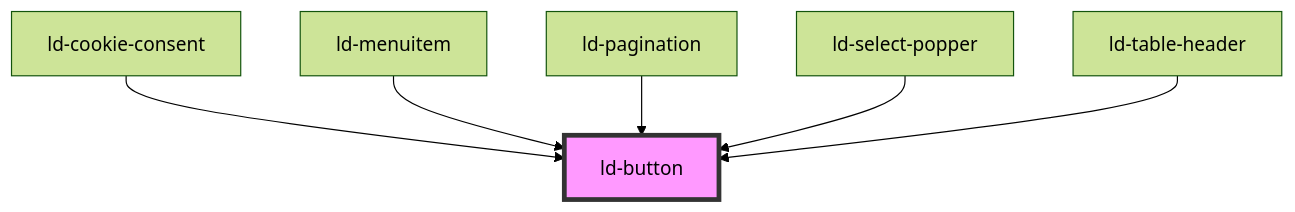
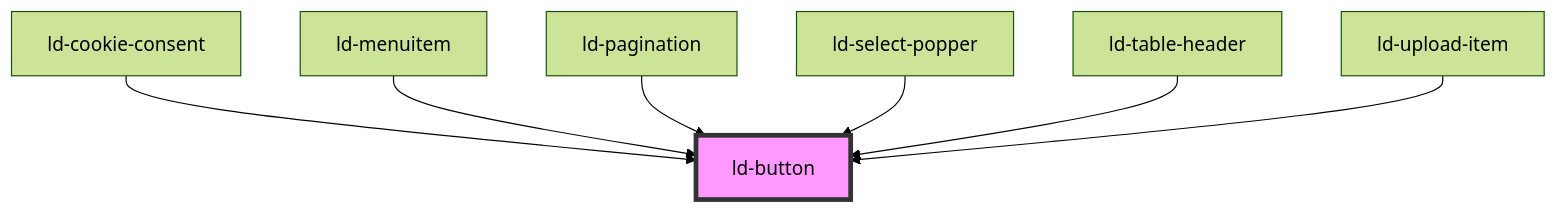
One commit to emdgroup-liquid/liquid changed the diagram in src/liquid/components/ld-button/readme.md. Above: the diagram before and after it, drawn with Mermaid (forest theme). The commit also changed other lines of this file and 17 other files, not shown here.

````diff
--- a/src/liquid/components/ld-button/readme.md
+++ b/src/liquid/components/ld-button/readme.md
@@ -689,9 +690,10 @@
 ```mermaid
 graph TD;
   ld-cookie-consent --> ld-button
   ld-menuitem --> ld-button
   ld-pagination --> ld-button
   ld-select-popper --> ld-button
   ld-table-header --> ld-button
+  ld-upload-item --> ld-button
   style ld-button fill:#f9f,stroke:#333,stroke-width:4px
 ```
````
